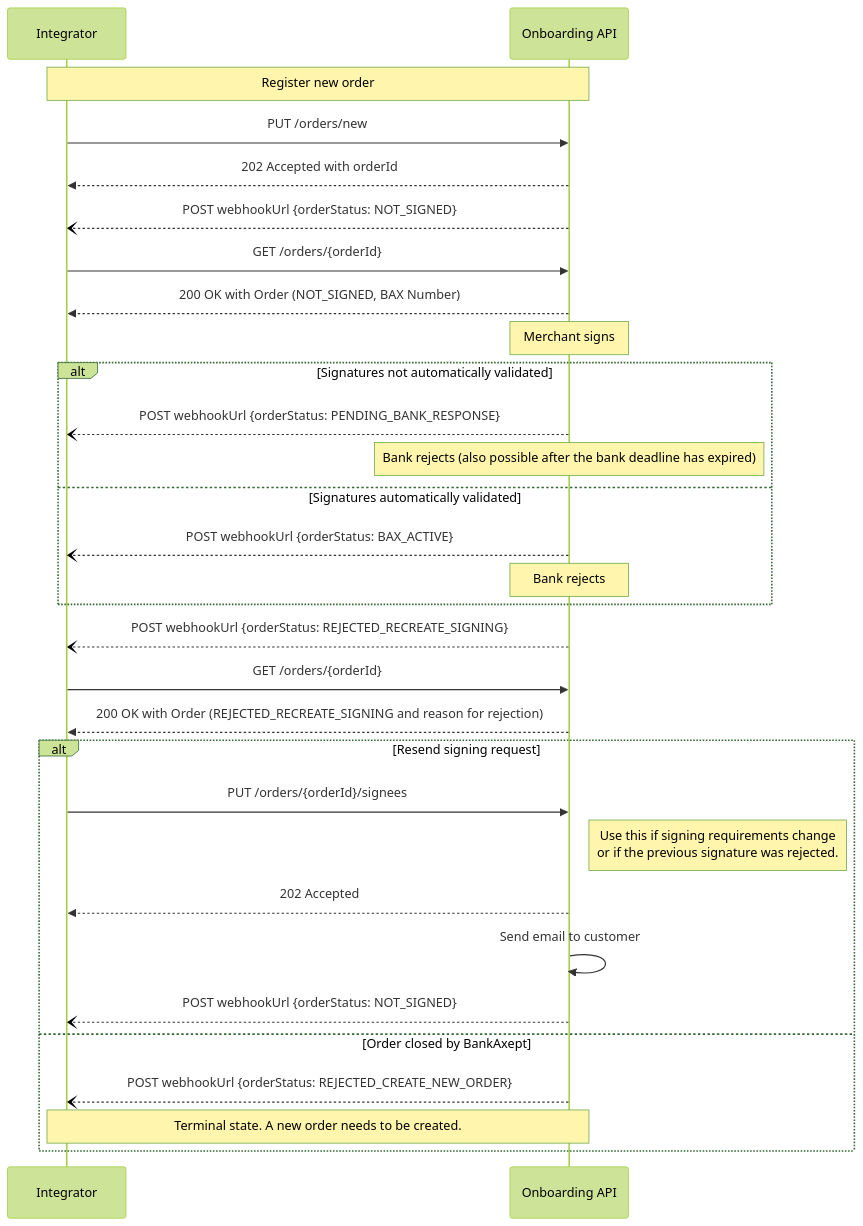
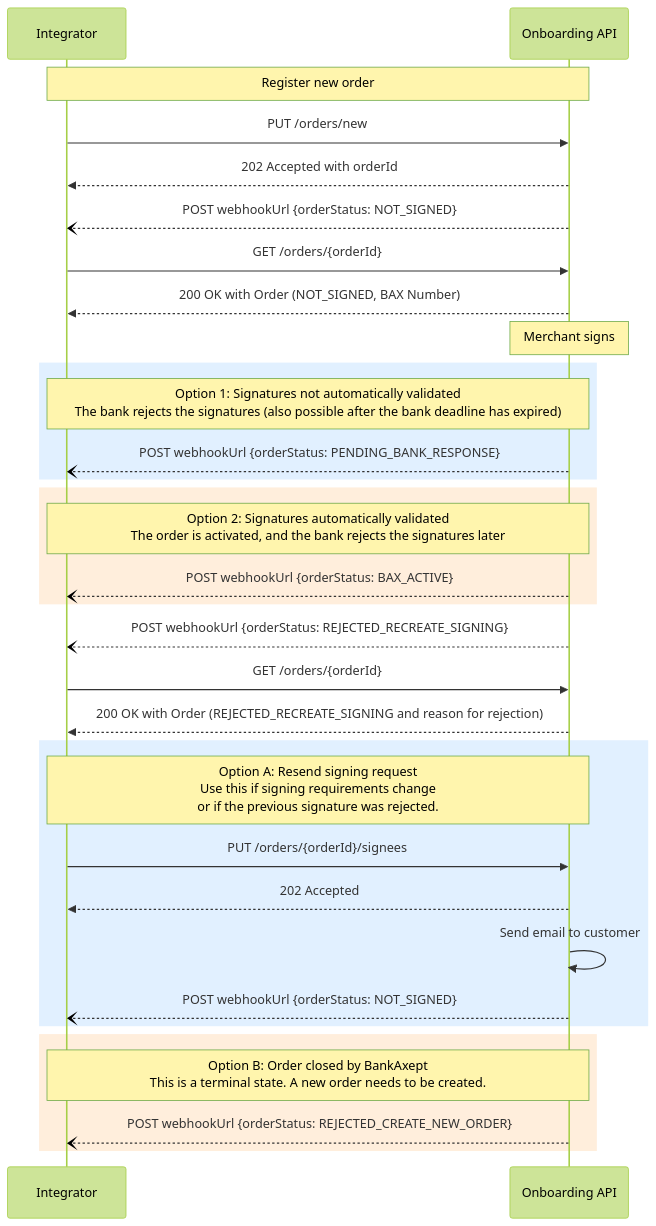
The fourth of 4 diagrams in docs/prod_flows.md (BankAxept/bankaxept-onboarding-external-documentation), drawn with Mermaid (forest theme) before and after one commit. The commit also changed other lines of this file, not shown here.

````diff
--- a/docs/prod_flows.md
+++ b/docs/prod_flows.md
@@ -93,36 +95,38 @@
 ```mermaid
 sequenceDiagram
 participant I as Integrator
 participant O as Onboarding API
 
 note over I, O: Register new order
 I ->> O: PUT /orders/new
 O -->> I: 202 Accepted with orderId
 
 O --) I: POST webhookUrl {orderStatus: NOT_SIGNED}
 I ->> O : GET /orders/{orderId}
 O -->> I: 200 OK with Order (NOT_SIGNED, BAX Number)
 
 note over O: Merchant signs
-alt Signatures not automatically validated
-    O --) I: POST webhookUrl {orderStatus: PENDING_BANK_RESPONSE}
-    note over O: Bank rejects (also possible after the bank deadline has expired)
-else Signatures automatically validated
-    O --) I: POST webhookUrl {orderStatus: BAX_ACTIVE}
-    note over O: Bank rejects
+rect rgb(225, 240, 255)
+note over I, O: Option 1: Signatures not automatically validated <br/> The bank rejects the signatures (also possible after the bank deadline has expired)
+O --) I: POST webhookUrl {orderStatus: PENDING_BANK_RESPONSE}
+end
+rect rgb(255, 238, 220)
+note over I, O: Option 2: Signatures automatically validated <br/> The order is activated, and the bank rejects the signatures later
+O --) I: POST webhookUrl {orderStatus: BAX_ACTIVE}
 end
 O --) I: POST webhookUrl {orderStatus: REJECTED_RECREATE_SIGNING}
 I ->> O : GET /orders/{orderId}
 O -->> I: 200 OK with Order (REJECTED_RECREATE_SIGNING and reason for rejection)
 
-alt Resend signing request
-    I ->> O: PUT /orders/{orderId}/signees
-    note right of O: Use this if signing requirements change <br/> or if the previous signature was rejected.
-    O -->> I: 202 Accepted
-    O ->> O: Send email to customer
-    O --) I: POST webhookUrl {orderStatus: NOT_SIGNED}
-else Order closed by BankAxept
-    O --) I: POST webhookUrl {orderStatus: REJECTED_CREATE_NEW_ORDER}
-    note over I, O: Terminal state. A new order needs to be created.
+rect rgb(225, 240, 255)
+note over I, O: Option A: Resend signing request <br/> Use this if signing requirements change <br/> or if the previous signature was rejected.
+I ->> O: PUT /orders/{orderId}/signees
+O -->> I: 202 Accepted
+O ->> O: Send email to customer
+O --) I: POST webhookUrl {orderStatus: NOT_SIGNED}
+end
+rect rgb(255, 238, 220)
+note over I, O: Option B: Order closed by BankAxept <br/> This is a terminal state. A new order needs to be created.
+O --) I: POST webhookUrl {orderStatus: REJECTED_CREATE_NEW_ORDER}
 end
 ```
````
